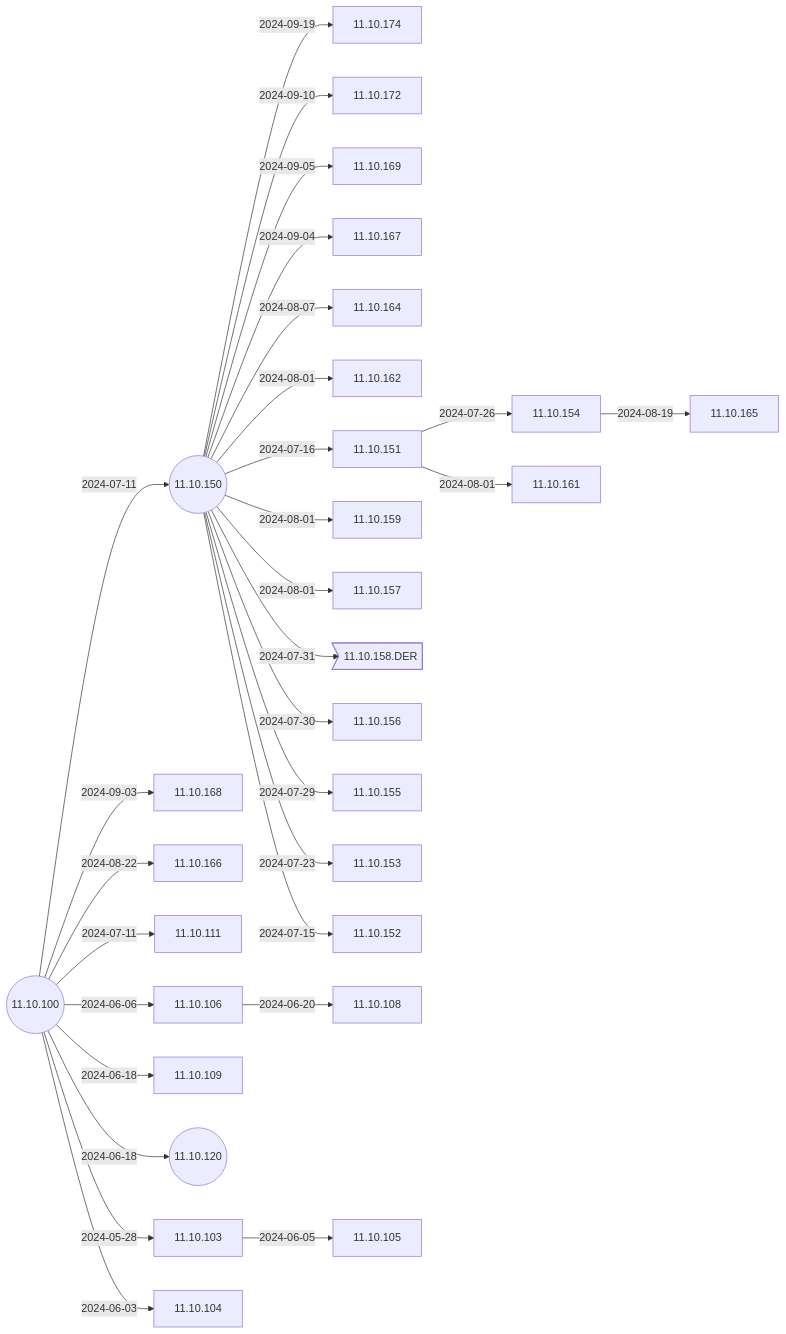
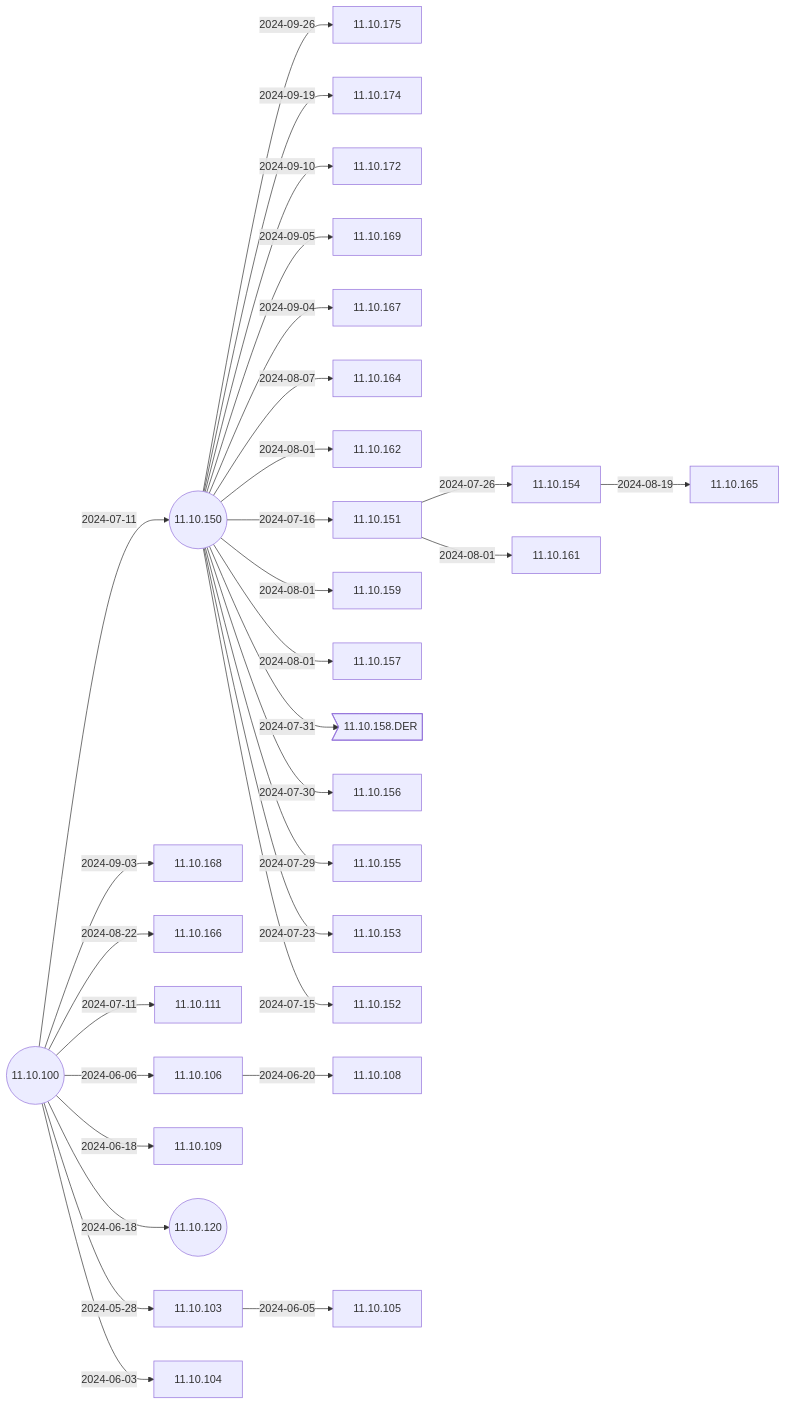
The second of 6 diagrams in docs/Docs/ReleaseNotes/01-OS11/README.md (IGEL-Community/IGEL-Docs-v02), drawn with Mermaid before and after one commit. The commit also changed 2 other files, not shown here.

Commit message:
11.10.175 < 11.10.150 11.10.175 < 11.10.150

````diff
--- a/docs/Docs/ReleaseNotes/01-OS11/README.md
+++ b/docs/Docs/ReleaseNotes/01-OS11/README.md
@@ -41,61 +41,63 @@
 ```mermaid
 flowchart LR
+    11.10.150-- 2024-09-26 -->11.10.175
     11.10.150-- 2024-09-19 -->11.10.174
     11.10.150-- 2024-09-10 -->11.10.172
     11.10.150-- 2024-09-05 -->11.10.169
     11.10.150-- 2024-09-04 -->11.10.167
     11.10.100-- 2024-09-03 -->11.10.168
     11.10.100-- 2024-08-22 -->11.10.166
     11.10.154-- 2024-08-19 -->11.10.165
     11.10.150-- 2024-08-07 -->11.10.164
     11.10.150-- 2024-08-01 -->11.10.162
     11.10.151-- 2024-08-01 -->11.10.161
     11.10.150-- 2024-08-01 -->11.10.159
     11.10.150-- 2024-08-01 -->11.10.157
     11.10.150-- 2024-07-31 -->11.10.158.DER>11.10.158.DER]
     11.10.150-- 2024-07-30 -->11.10.156
     11.10.150-- 2024-07-29 -->11.10.155
     11.10.151-- 2024-07-26 -->11.10.154
     11.10.150-- 2024-07-23 -->11.10.153
     11.10.150-- 2024-07-16 -->11.10.151
     11.10.150-- 2024-07-15 -->11.10.152
     11.10.100-- 2024-07-11 -->11.10.150((11.10.150))
     11.10.100-- 2024-07-11 -->11.10.111
     11.10.106-- 2024-06-20 -->11.10.108
     11.10.100-- 2024-06-18 -->11.10.109
     11.10.100-- 2024-06-18 -->11.10.120((11.10.120))
     11.10.100-- 2024-06-06 -->11.10.106
     11.10.103-- 2024-06-05 -->11.10.105
     11.10.100-- 2024-06-03 -->11.10.104
     11.10.100-- 2024-05-28 -->11.10.103
     11.10.100((11.10.100))
+    click 11.10.175 "https://github.com/IGEL-Community/IGEL-Docs-v02/tree/main/docs/Docs/ReleaseNotes/01-OS11/readme11.10.175.txt" _blank
     click 11.10.174 "https://github.com/IGEL-Community/IGEL-Docs-v02/tree/main/docs/Docs/ReleaseNotes/01-OS11/readme11.10.174.txt" _blank
     click 11.10.172 "https://github.com/IGEL-Community/IGEL-Docs-v02/tree/main/docs/Docs/ReleaseNotes/01-OS11/readme11.10.172.txt" _blank
     click 11.10.169 "https://github.com/IGEL-Community/IGEL-Docs-v02/tree/main/docs/Docs/ReleaseNotes/01-OS11/readme11.10.169.txt" _blank
     click 11.10.167 "https://github.com/IGEL-Community/IGEL-Docs-v02/tree/main/docs/Docs/ReleaseNotes/01-OS11/readme11.10.167.txt" _blank
     click 11.10.168 "https://github.com/IGEL-Community/IGEL-Docs-v02/tree/main/docs/Docs/ReleaseNotes/01-OS11/readme11.10.168.txt" _blank
     click 11.10.166 "https://github.com/IGEL-Community/IGEL-Docs-v02/tree/main/docs/Docs/ReleaseNotes/01-OS11/readme11.10.166.txt" _blank
     click 11.10.165 "https://github.com/IGEL-Community/IGEL-Docs-v02/tree/main/docs/Docs/ReleaseNotes/01-OS11/readme11.10.165.txt" _blank
     click 11.10.164 "https://github.com/IGEL-Community/IGEL-Docs-v02/tree/main/docs/Docs/ReleaseNotes/01-OS11/readme11.10.164.txt" _blank
     click 11.10.162 "https://github.com/IGEL-Community/IGEL-Docs-v02/tree/main/docs/Docs/ReleaseNotes/01-OS11/readme11.10.162.txt" _blank
     click 11.10.161 "https://github.com/IGEL-Community/IGEL-Docs-v02/tree/main/docs/Docs/ReleaseNotes/01-OS11/readme11.10.161.txt" _blank
     click 11.10.159 "https://github.com/IGEL-Community/IGEL-Docs-v02/tree/main/docs/Docs/ReleaseNotes/01-OS11/readme11.10.159.txt" _blank
     click 11.10.157 "https://github.com/IGEL-Community/IGEL-Docs-v02/tree/main/docs/Docs/ReleaseNotes/01-OS11/readme11.10.157.txt" _blank
     click 11.10.158.DER "https://github.com/IGEL-Community/IGEL-Docs-v02/tree/main/docs/Docs/ReleaseNotes/01-OS11/readme11.10.158.DER.txt" _blank
     click 11.10.156 "https://github.com/IGEL-Community/IGEL-Docs-v02/tree/main/docs/Docs/ReleaseNotes/01-OS11/readme11.10.156.txt" _blank
     click 11.10.155 "https://github.com/IGEL-Community/IGEL-Docs-v02/tree/main/docs/Docs/ReleaseNotes/01-OS11/readme11.10.155.txt" _blank
     click 11.10.154 "https://github.com/IGEL-Community/IGEL-Docs-v02/tree/main/docs/Docs/ReleaseNotes/01-OS11/readme11.10.154.txt" _blank
     click 11.10.153 "https://github.com/IGEL-Community/IGEL-Docs-v02/tree/main/docs/Docs/ReleaseNotes/01-OS11/readme11.10.153.txt" _blank
     click 11.10.151 "https://github.com/IGEL-Community/IGEL-Docs-v02/tree/main/docs/Docs/ReleaseNotes/01-OS11/readme11.10.151.txt" _blank
     click 11.10.152 "https://github.com/IGEL-Community/IGEL-Docs-v02/tree/main/docs/Docs/ReleaseNotes/01-OS11/readme11.10.152.txt" _blank
     click 11.10.111 "https://github.com/IGEL-Community/IGEL-Docs-v02/tree/main/docs/Docs/ReleaseNotes/01-OS11/readme11.10.111.txt" _blank
     click 11.10.150 "https://github.com/IGEL-Community/IGEL-Docs-v02/tree/main/docs/Docs/ReleaseNotes/01-OS11/readme11.10.150.txt" _blank
     click 11.10.108 "https://github.com/IGEL-Community/IGEL-Docs-v02/tree/main/docs/Docs/ReleaseNotes/01-OS11/readme11.10.108.txt" _blank
     click 11.10.109 "https://github.com/IGEL-Community/IGEL-Docs-v02/tree/main/docs/Docs/ReleaseNotes/01-OS11/readme11.10.109.txt" _blank
     click 11.10.120 "https://github.com/IGEL-Community/IGEL-Docs-v02/tree/main/docs/Docs/ReleaseNotes/01-OS11/readme11.10.120.txt" _blank
     click 11.10.106 "https://github.com/IGEL-Community/IGEL-Docs-v02/tree/main/docs/Docs/ReleaseNotes/01-OS11/readme11.10.106.txt" _blank
     click 11.10.105 "https://github.com/IGEL-Community/IGEL-Docs-v02/tree/main/docs/Docs/ReleaseNotes/01-OS11/readme11.10.105.txt" _blank
     click 11.10.104 "https://github.com/IGEL-Community/IGEL-Docs-v02/tree/main/docs/Docs/ReleaseNotes/01-OS11/readme11.10.104.txt" _blank
     click 11.10.103 "https://github.com/IGEL-Community/IGEL-Docs-v02/tree/main/docs/Docs/ReleaseNotes/01-OS11/readme11.10.103.txt" _blank
     click 11.10.100 "https://github.com/IGEL-Community/IGEL-Docs-v02/tree/main/docs/Docs/ReleaseNotes/01-OS11/readme11.10.100.txt" _blank
 ```
````
